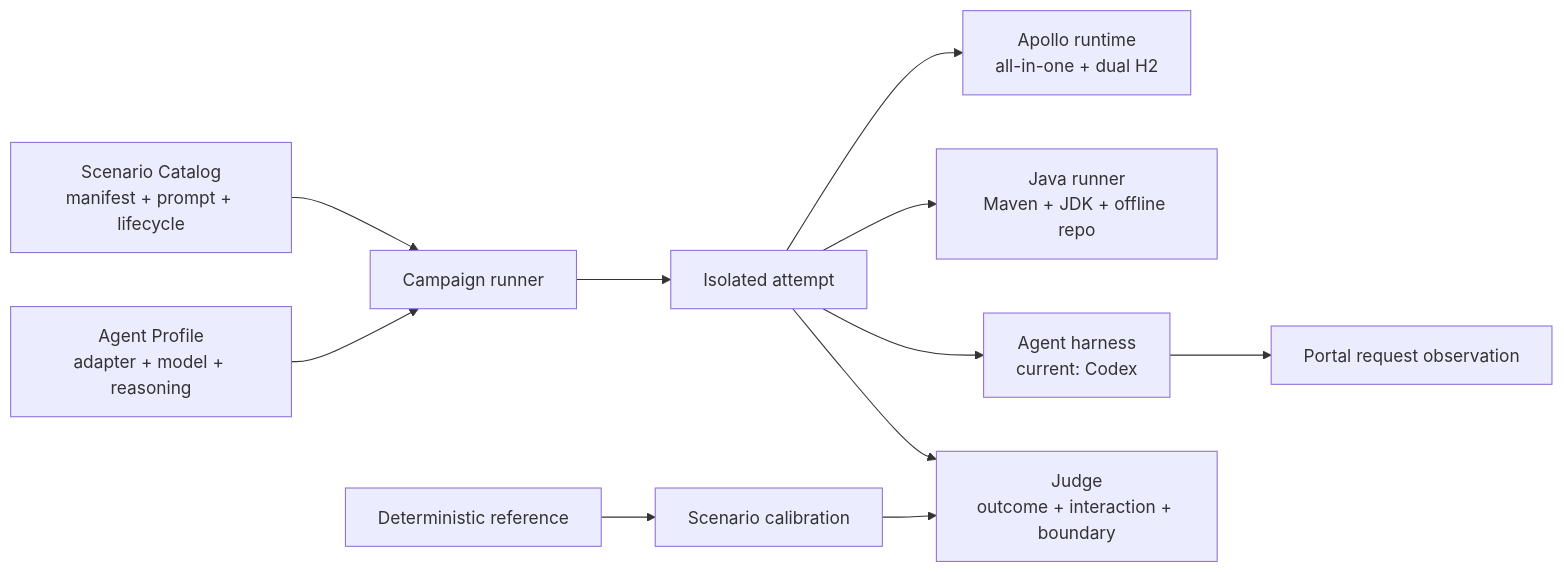
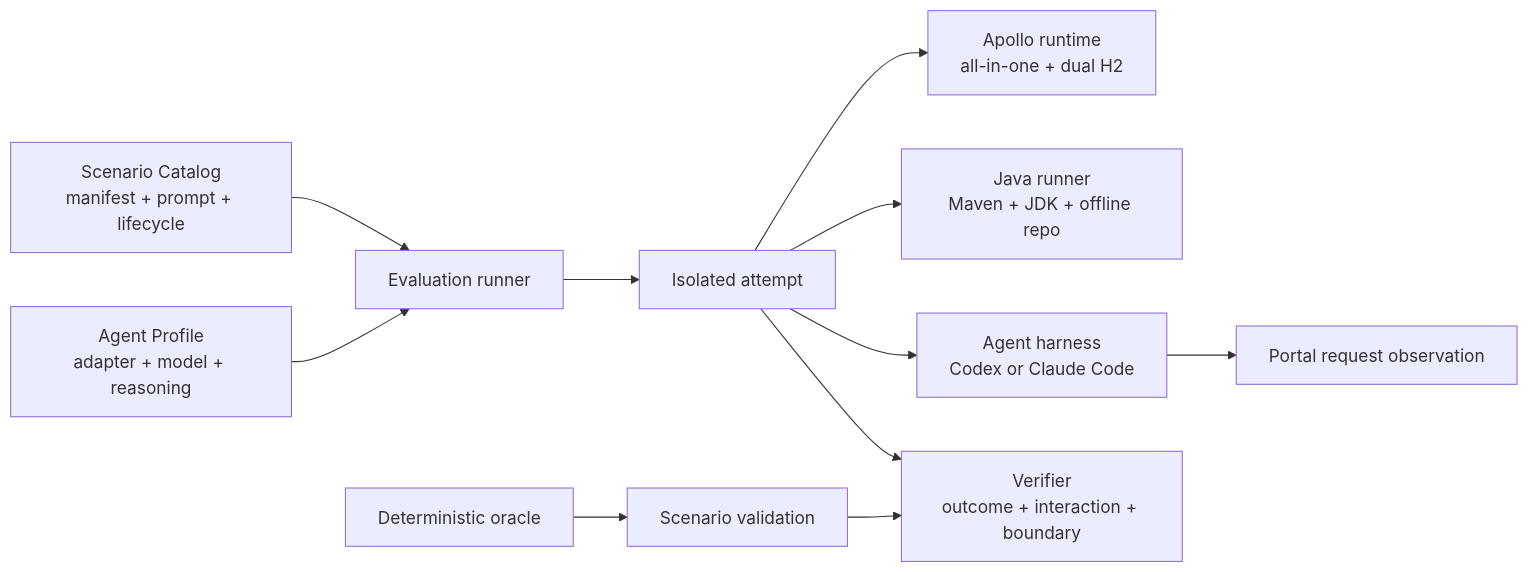
The diagram in README.md (apolloconfig/apollo-evals), drawn with Mermaid before and after one commit. The commit also changed other lines of this file and 61 other files, not shown here.

Commit message:
feat: refactor evals and add Claude Code adapter

````diff
--- a/README.md
+++ b/README.md
@@ -28,13 +30,13 @@
 ```mermaid
 flowchart LR
-  Catalog["Scenario Catalog\nmanifest + prompt + lifecycle"] --> Campaign["Campaign runner"]
-  Profile["Agent Profile\nadapter + model + reasoning"] --> Campaign
-  Campaign --> Attempt["Isolated attempt"]
+  Catalog["Scenario Catalog\nmanifest + prompt + lifecycle"] --> Evaluation["Evaluation runner"]
+  Profile["Agent Profile\nadapter + model + reasoning"] --> Evaluation
+  Evaluation --> Attempt["Isolated attempt"]
   Attempt --> Runtime["Apollo runtime\nall-in-one + dual H2"]
   Attempt --> JavaRunner["Java runner\nMaven + JDK + offline repo"]
-  Attempt --> Agent["Agent harness\ncurrent: Codex"]
+  Attempt --> Agent["Agent harness\nCodex or Claude Code"]
   Agent --> Proxy["Portal request observation"]
-  Attempt --> Judge["Judge\noutcome + interaction + boundary"]
-  Reference["Deterministic reference"] --> Calibration["Scenario calibration"]
-  Calibration --> Judge
+  Attempt --> Verifier["Verifier\noutcome + interaction + boundary"]
+  Oracle["Deterministic oracle"] --> Validation["Scenario validation"]
+  Validation --> Verifier
 ```
````
